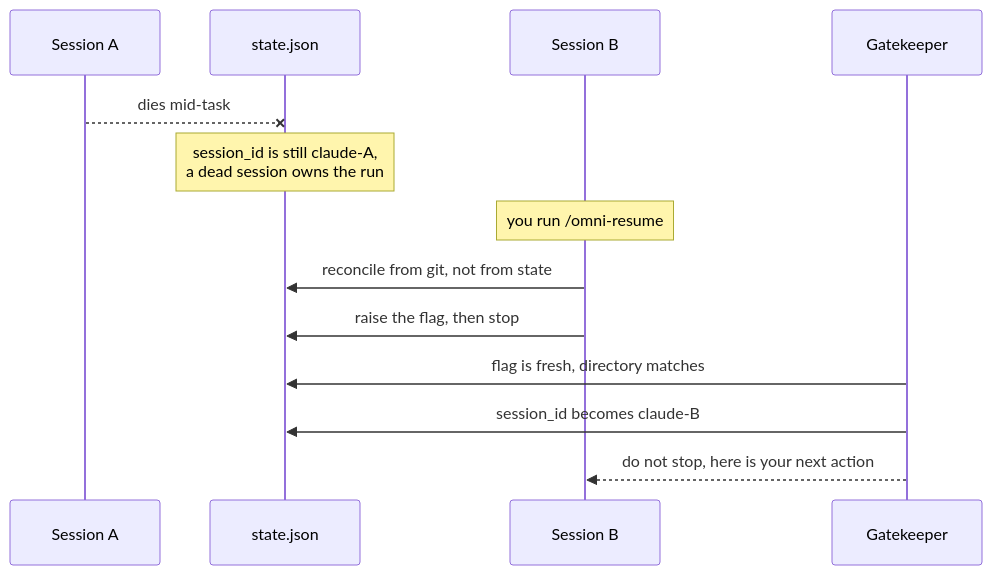
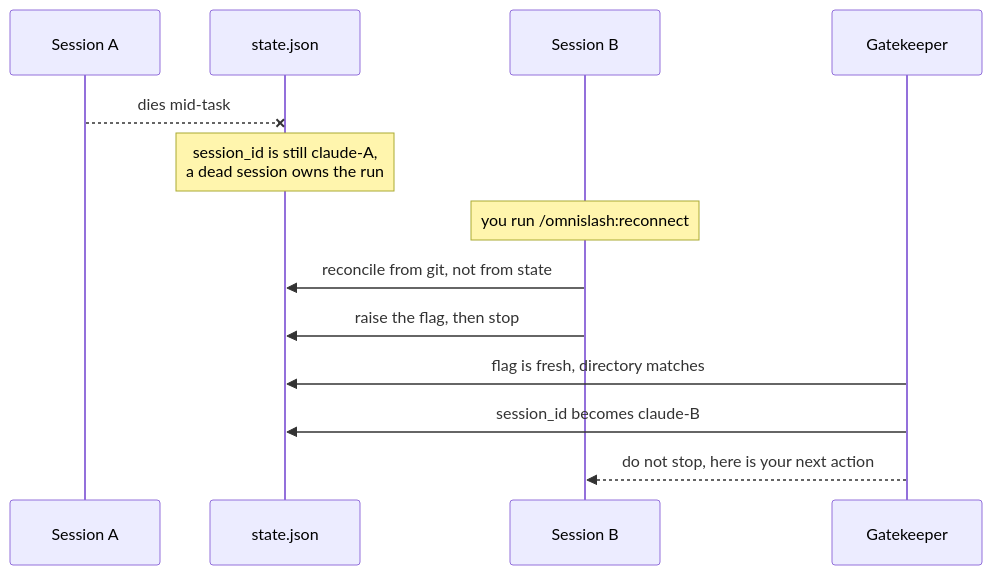
Before and after one commit to himkit/omni-pipeline-plugin: the second of 2 diagrams in README.md, drawn with Mermaid. The commit also changed other lines of this file and 22 other files, not shown here.

First line of the commit message:
feat: rename to omnislash — cast, scoreboard, reconnect, gg

````diff
--- a/README.md
+++ b/README.md
@@ -105,16 +108,16 @@
 ```mermaid
 sequenceDiagram
     participant A as Session A
     participant S as state.json
     participant B as Session B
     participant G as Gatekeeper
 
     A--xS: dies mid-task
     Note over S: session_id is still claude-A,<br/>a dead session owns the run
-    Note over B: you run /omni-resume
+    Note over B: you run /omnislash:reconnect
     B->>S: reconcile from git, not from state
     B->>S: raise the flag, then stop
     G->>S: flag is fresh, directory matches
     G->>S: session_id becomes claude-B
     G-->>B: do not stop, here is your next action
 ```
````
